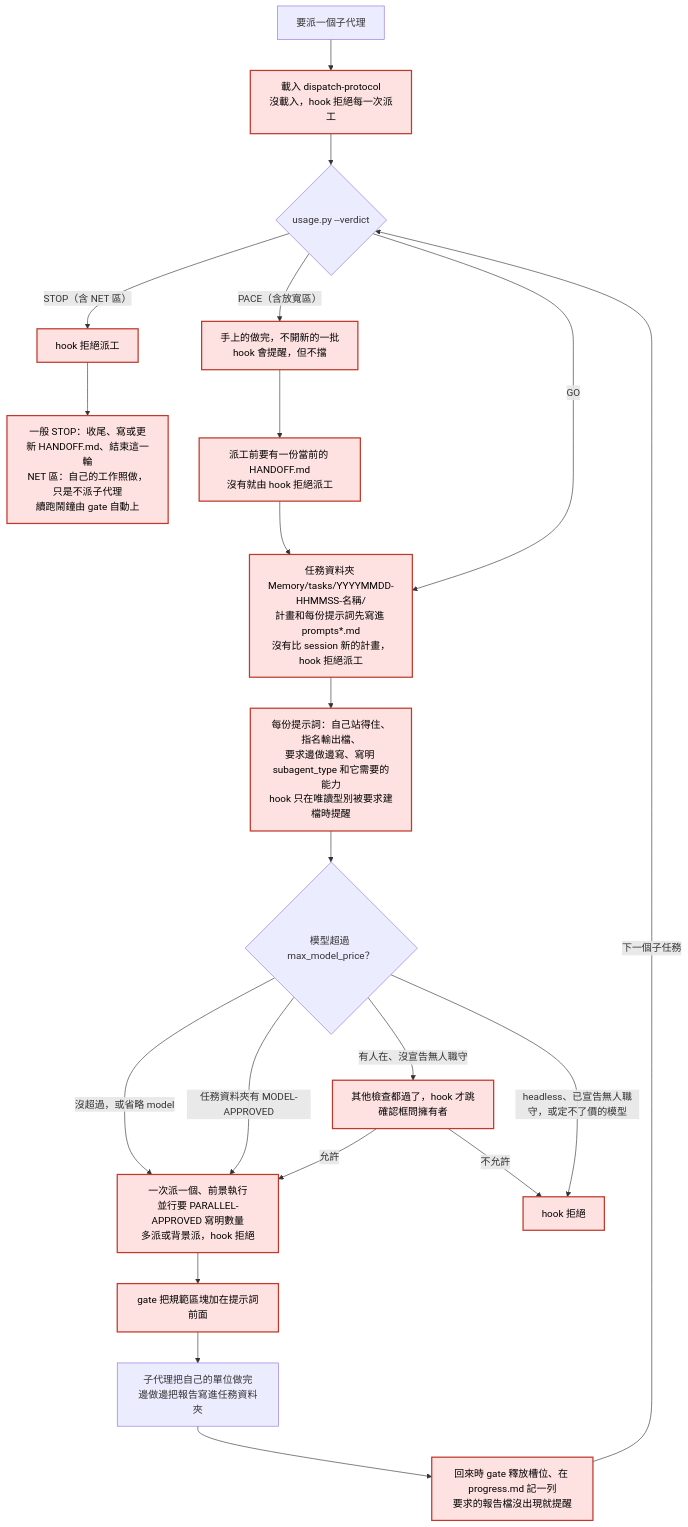
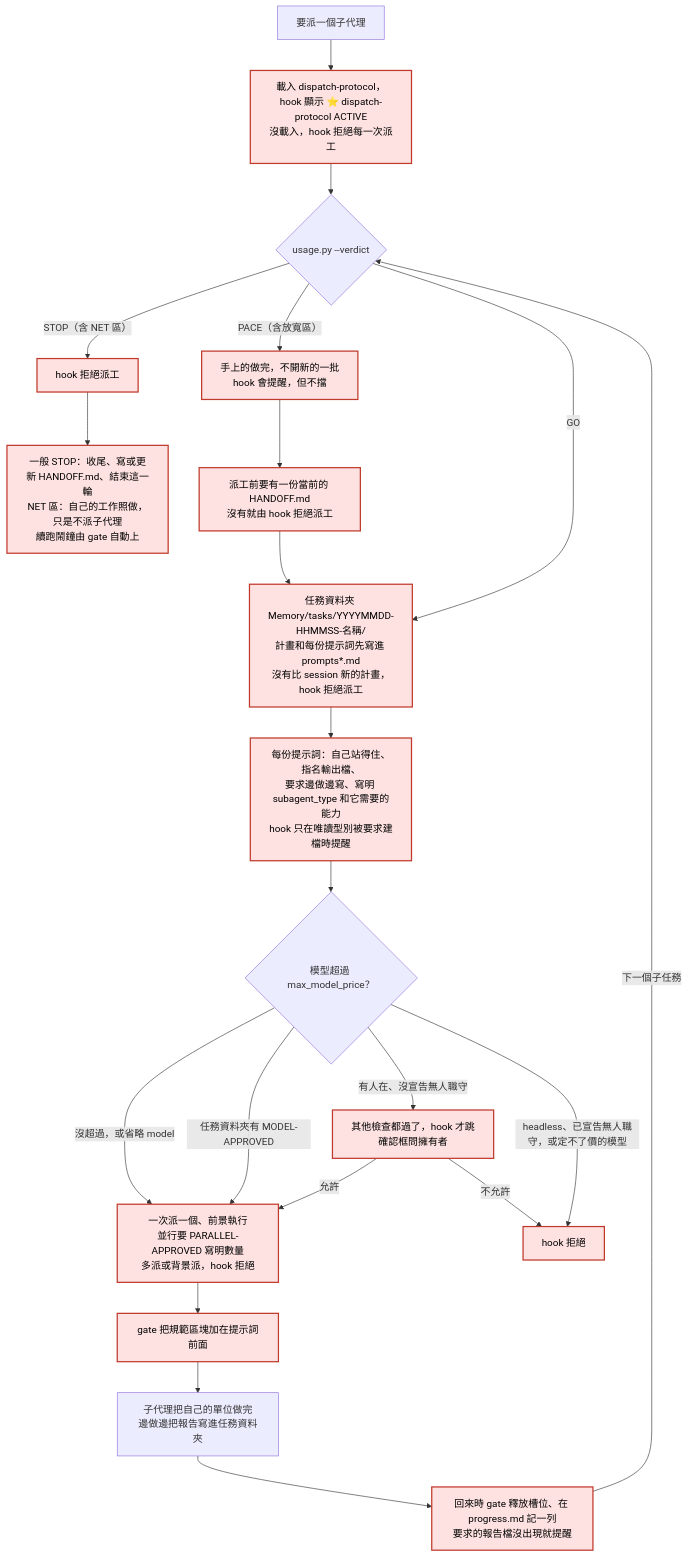
One commit to Dino9021/dispatch-guard changed the first of 6 diagrams in README.md. Above: the diagram before and after it, drawn with Mermaid. The commit also changed other lines of this file and 9 other files, not shown here.

````diff
--- a/README.md
+++ b/README.md
@@ -99,25 +99,25 @@
 ```mermaid
 flowchart TD
-  needAgent["要派一個子代理"] --> loadProtocol["載入 dispatch-protocol<br/>沒載入，hook 拒絕每一次派工"]
+  needAgent["要派一個子代理"] --> loadProtocol["載入 dispatch-protocol，hook 顯示 ⭐ dispatch-protocol ACTIVE<br/>沒載入，hook 拒絕每一次派工"]
   loadProtocol --> verdict{"usage.py --verdict"}
   verdict -->|"STOP（含 NET 區）"| stopRefused["hook 拒絕派工"]
   stopRefused --> stopWrapUp["一般 STOP：收尾、寫或更新 HANDOFF.md、結束這一輪<br/>NET 區：自己的工作照做，只是不派子代理<br/>續跑鬧鐘由 gate 自動上"]
   verdict -->|"PACE（含放寬區）"| paceInFlight["手上的做完，不開新的一批<br/>hook 會提醒，但不擋"]
   paceInFlight --> paceHandoff["派工前要有一份當前的 HANDOFF.md<br/>沒有就由 hook 拒絕派工"]
   verdict -->|"GO"| planOnDisk
   paceHandoff --> planOnDisk["任務資料夾 Memory/tasks/YYYYMMDD-HHMMSS-名稱/<br/>計畫和每份提示詞先寫進 prompts*.md<br/>沒有比 session 新的計畫，hook 拒絕派工"]
   planOnDisk --> everyPrompt["每份提示詞：自己站得住、指名輸出檔、<br/>要求邊做邊寫、寫明 subagent_type 和它需要的能力<br/>hook 只在唯讀型別被要求建檔時提醒"]
   everyPrompt --> modelCheck{"模型超過 max_model_price？"}
   modelCheck -->|"沒超過，或省略 model"| singleDispatch
   modelCheck -->|"任務資料夾有 MODEL-APPROVED"| singleDispatch
   modelCheck -->|"有人在、沒宣告無人職守"| dialogToOwner["其他檢查都過了，hook 才跳確認框問擁有者"]
   modelCheck -->|"headless、已宣告無人職守，或定不了價的模型"| modelRefused["hook 拒絕"]
   dialogToOwner -->|"允許"| singleDispatch["一次派一個、前景執行<br/>並行要 PARALLEL-APPROVED 寫明數量<br/>多派或背景派，hook 拒絕"]
   dialogToOwner -->|"不允許"| modelRefused
   singleDispatch --> prependBlock["gate 把規範區塊加在提示詞前面"]
   prependBlock --> subAgentWork["子代理把自己的單位做完<br/>邊做邊把報告寫進任務資料夾"]
   subAgentWork --> afterReturn["回來時 gate 釋放槽位、在 progress.md 記一列<br/>要求的報告檔沒出現就提醒"]
   afterReturn -->|"下一個子任務"| verdict
   class loadProtocol,stopRefused,stopWrapUp,paceInFlight,paceHandoff,planOnDisk,everyPrompt,dialogToOwner,modelRefused,singleDispatch,prependBlock,afterReturn gate
   classDef gate fill:#fde2e1,stroke:#c0392b,stroke-width:2px,color:#000
 ```
````
